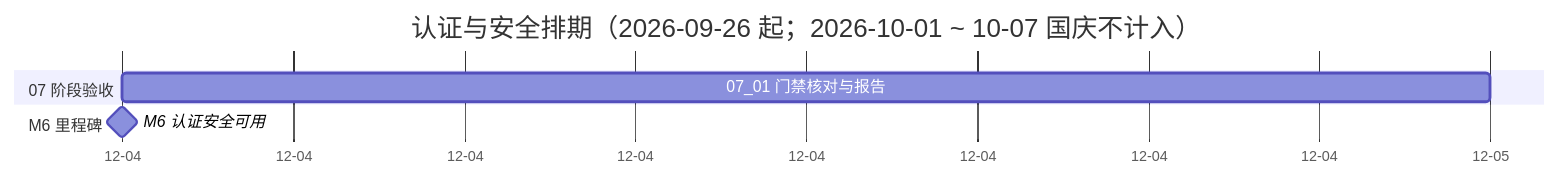
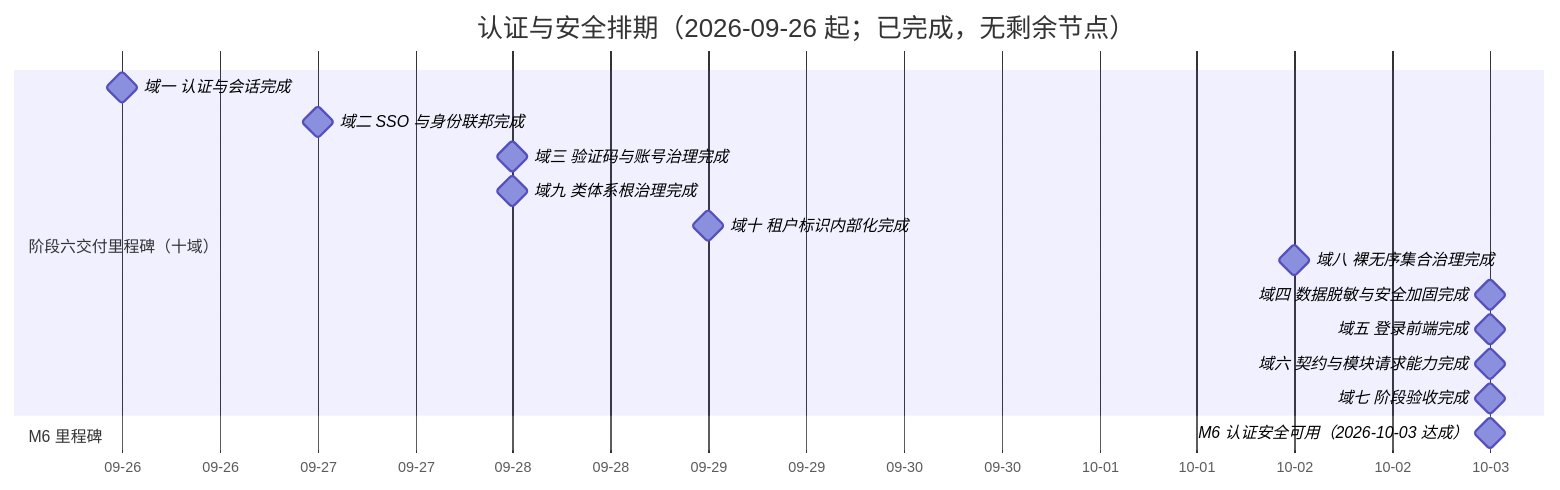
Before and after one commit to minjian123/basic-management-system: the diagram in bms文档/项目/06_认证与安全/计划/01_计划_认证与安全.md, drawn with Mermaid. The commit also changed other lines of this file and 9 other files, not shown here.

````diff
--- a/bms文档/项目/06_认证与安全/计划/01_计划_认证与安全.md
+++ b/bms文档/项目/06_认证与安全/计划/01_计划_认证与安全.md
@@ -76,10 +78,19 @@
 ```mermaid
 gantt
-    title 认证与安全排期（2026-09-26 起；2026-10-01 ~ 10-07 国庆不计入）
+    title 认证与安全排期（2026-09-26 起；已完成，无剩余节点）
     dateFormat  YYYY-MM-DD
     axisFormat %m-%d
-    section 07 阶段验收
-    07_01 门禁核对与报告 :g1, 2026-12-04, 1d
+    section 阶段六交付里程碑（十域）
+    域一 认证与会话完成 :milestone, m01, 2026-09-26, 0d
+    域二 SSO 与身份联邦完成 :milestone, m02, 2026-09-27, 0d
+    域三 验证码与账号治理完成 :milestone, m03, 2026-09-28, 0d
+    域九 类体系根治理完成 :milestone, m09, 2026-09-28, 0d
+    域十 租户标识内部化完成 :milestone, m10, 2026-09-29, 0d
+    域八 裸无序集合治理完成 :milestone, m08, 2026-10-02, 0d
+    域四 数据脱敏与安全加固完成 :milestone, m04, 2026-10-03, 0d
+    域五 登录前端完成 :milestone, m05, 2026-10-03, 0d
+    域六 契约与模块请求能力完成 :milestone, m06, 2026-10-03, 0d
+    域七 阶段验收完成 :milestone, m07, 2026-10-03, 0d
     section M6 里程碑
-    M6 认证安全可用 :milestone, mm6, 2026-12-04, 0d
+    M6 认证安全可用（2026-10-03 达成） :milestone, mm6, 2026-10-03, 0d
 ```
````
